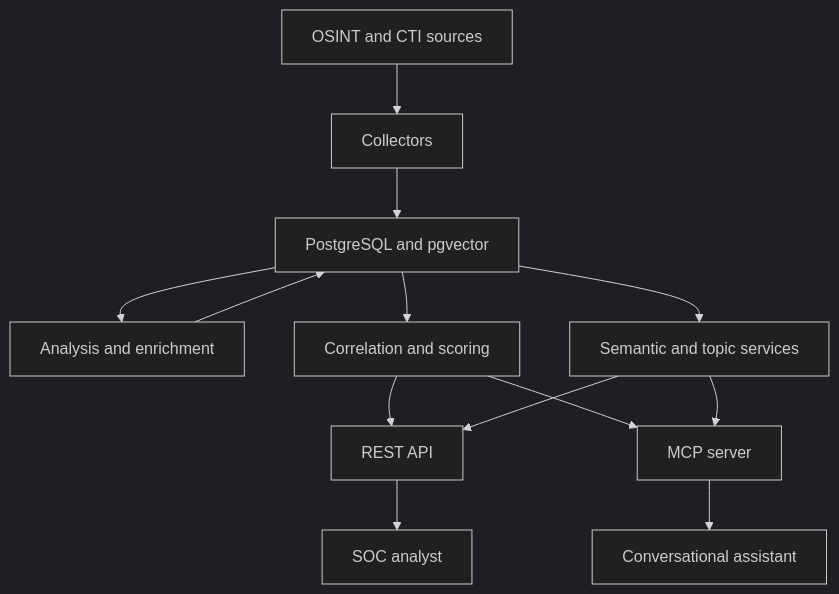
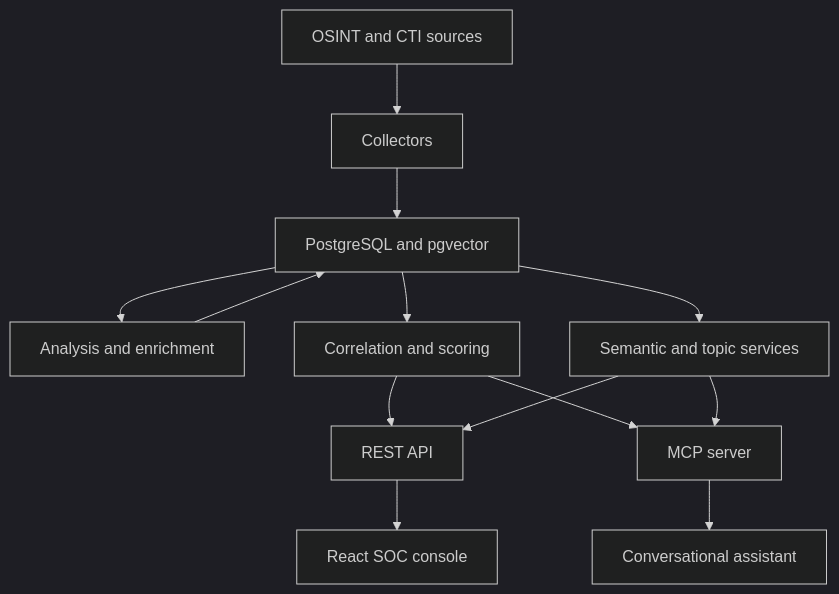
The diagram in README.md (feres2005/ThreatIntelMCP), drawn with Mermaid (dark theme) before and after one commit. The commit also changed other lines of this file, not shown here.

````diff
--- a/README.md
+++ b/README.md
@@ -65,15 +81,15 @@
 ```mermaid
 flowchart TD
     A["OSINT and CTI sources"] --> B["Collectors"]
     B --> C["PostgreSQL and pgvector"]
     C --> D["Analysis and enrichment"]
     D --> C
     C --> E["Correlation and scoring"]
-    E --> F["REST API"]
-    E --> G["MCP server"]
-    C --> H["Semantic and topic services"]
-    H --> F
-    H --> G
-    F --> I["SOC analyst"]
-    G --> J["Conversational assistant"]
+    C --> F["Semantic and topic services"]
+    E --> G["REST API"]
+    F --> G
+    E --> H["MCP server"]
+    F --> H
+    G --> I["React SOC console"]
+    H --> J["Conversational assistant"]
 ```
````
